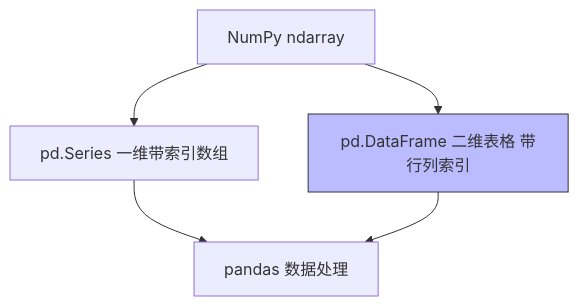
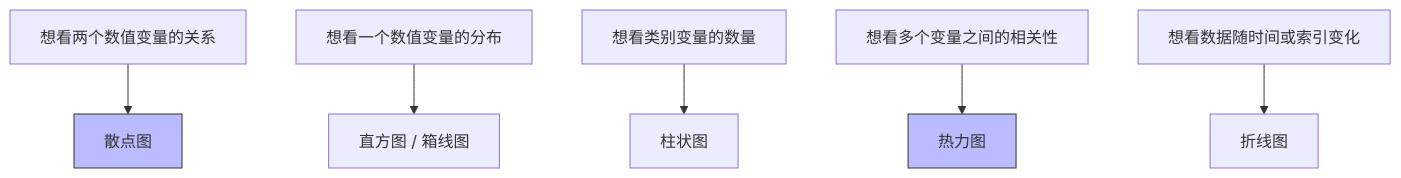
The diagram in docs/AppendixC/index.md (wizardforcel/baizhan-kaggle), drawn with Mermaid before and after one commit. The commit also changed other lines of this file, not shown here.

````diff
--- a/docs/AppendixC/index.md
+++ b/docs/AppendixC/index.md
@@ -9,8 +9,10 @@
 ```mermaid
-flowchart TB
-    A[NumPy ndarray] --> B[pd.Series 一维带索引数组]
-    A --> C[pd.DataFrame 二维表格 带行列索引]
-    B --> D[pandas 数据处理]
-    C --> D
-    style C fill:#bbf,stroke:#333
+flowchart TD
+    A[想看两个数值变量的关系] --> B[散点图]
+    C[想看一个数值变量的分布] --> D[直方图 / 箱线图]
+    E[想看类别变量的数量] --> F[柱状图]
+    G[想看多个变量之间的相关性] --> H[热力图]
+    I[想看数据随时间或索引变化] --> J[折线图]
+    style B fill:#bbf,stroke:#333
+    style H fill:#bbf,stroke:#333
 ```
````
